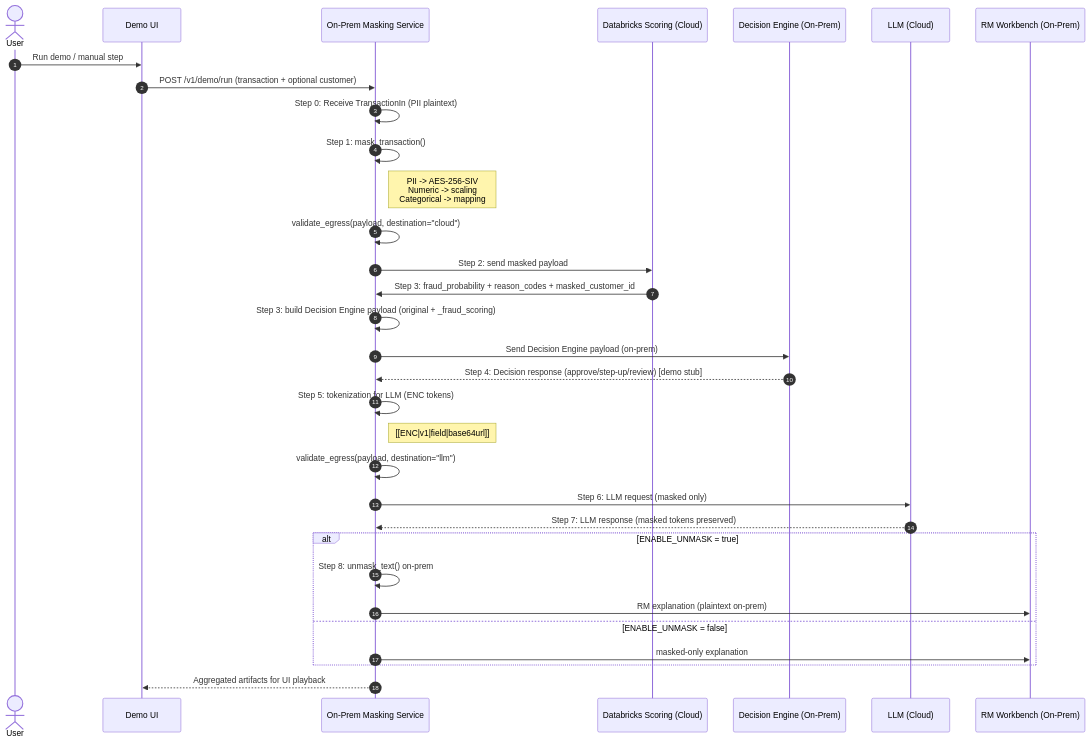
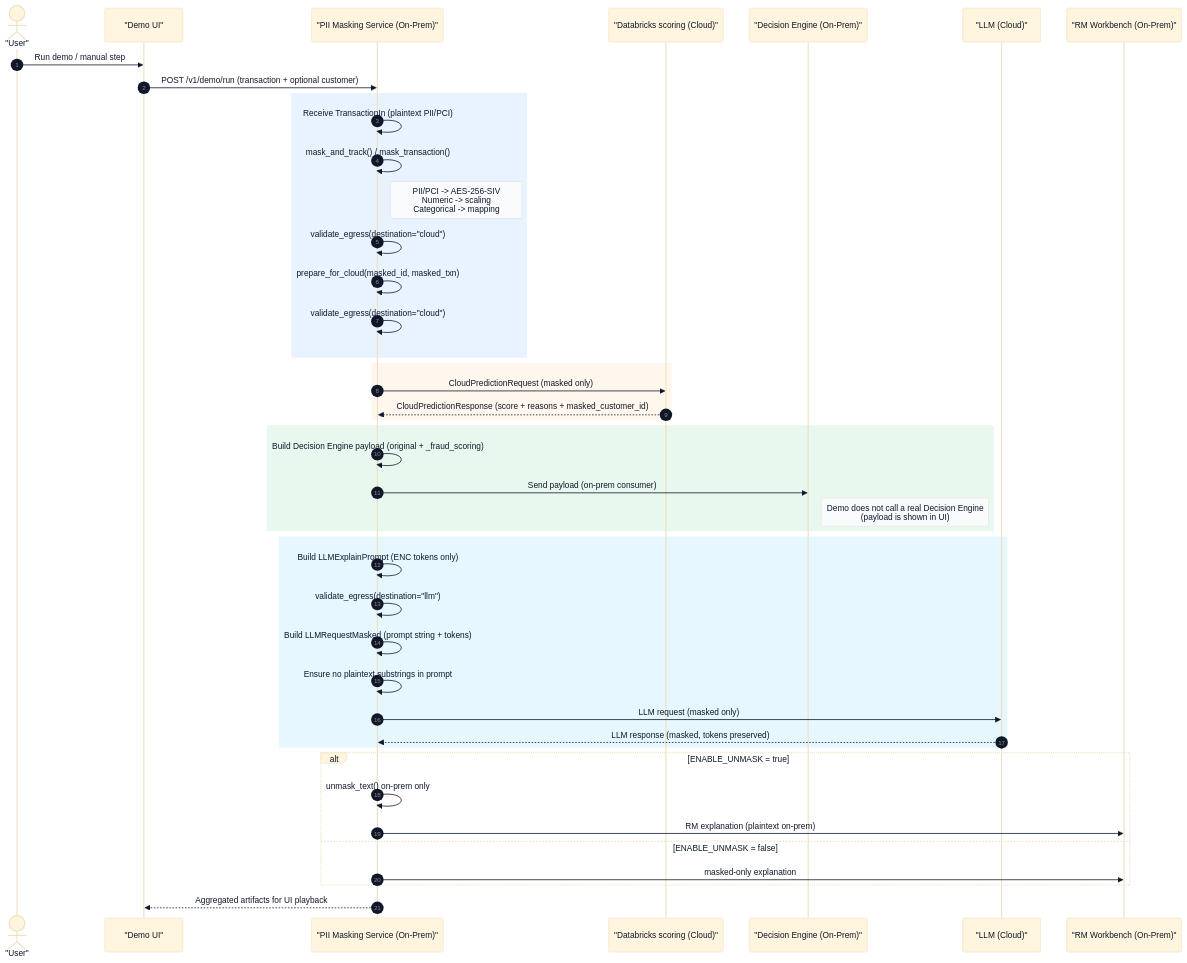
The second of 2 diagrams in sequence.md (kkirko/PII-Masking-Service), drawn with Mermaid before and after one commit. The commit also changed other lines of this file and 2 other files, not shown here.

Commit message:
Docs: polish README and sequence diagrams

````diff
--- a/sequence.md
+++ b/sequence.md
@@ -3,40 +60,53 @@
 ```mermaid
+%%{init: {"theme":"base","themeVariables":{"fontFamily":"ui-sans-serif, system-ui, -apple-system, Segoe UI, Roboto, Arial","primaryTextColor":"#0f172a","lineColor":"#64748b","noteBkgColor":"#f8fafc","noteTextColor":"#0f172a"}}}%%
 sequenceDiagram
     autonumber
-    actor User
-    participant UI as Demo UI
-    participant Svc as On-Prem Masking Service
-    participant Cloud as Databricks Scoring (Cloud)
-    participant DE as Decision Engine (On-Prem)
-    participant LLM as LLM (Cloud)
-    participant RM as RM Workbench (On-Prem)
+    actor User as "User"
+    participant UI as "Demo UI"
+    participant Svc as "PII Masking Service (On-Prem)"
+    participant Cloud as "Databricks scoring (Cloud)"
+    participant DE as "Decision Engine (On-Prem)"
+    participant LLM as "LLM (Cloud)"
+    participant RM as "RM Workbench (On-Prem)"
 
     User->>UI: Run demo / manual step
     UI->>Svc: POST /v1/demo/run (transaction + optional customer)
 
-    Svc->>Svc: Step 0: Receive TransactionIn (PII plaintext)
-    Svc->>Svc: Step 1: mask_transaction()
-    Note right of Svc: PII -> AES-256-SIV<br/>Numeric -> scaling<br/>Categorical -> mapping
-    Svc->>Svc: validate_egress(payload, destination="cloud")
-    Svc->>Cloud: Step 2: send masked payload
-    Cloud->>Svc: Step 3: fraud_probability + reason_codes + masked_customer_id
+    rect rgb(232, 243, 255)
+      Svc->>Svc: Receive TransactionIn (plaintext PII/PCI)
+      Svc->>Svc: mask_and_track() / mask_transaction()
+      Note right of Svc: PII/PCI -> AES-256-SIV<br/>Numeric -> scaling<br/>Categorical -> mapping
+      Svc->>Svc: validate_egress(destination="cloud")
+      Svc->>Svc: prepare_for_cloud(masked_id, masked_txn)
+      Svc->>Svc: validate_egress(destination="cloud")
+    end
 
-    Svc->>Svc: Step 3: build Decision Engine payload (original + _fraud_scoring)
-    Svc->>DE: Send Decision Engine payload (on-prem)
-    DE-->>Svc: Step 4: Decision response (approve/step-up/review) [demo stub]
+    rect rgb(255, 247, 237)
+      Svc->>Cloud: CloudPredictionRequest (masked only)
+      Cloud-->>Svc: CloudPredictionResponse (score + reasons + masked_customer_id)
+    end
 
-    Svc->>Svc: Step 5: tokenization for LLM (ENC tokens)
-    Note right of Svc: [[ENC|v1|field|base64url]]
-    Svc->>Svc: validate_egress(payload, destination="llm")
-    Svc->>LLM: Step 6: LLM request (masked only)
-    LLM-->>Svc: Step 7: LLM response (masked tokens preserved)
+    rect rgb(233, 248, 239)
+      Svc->>Svc: Build Decision Engine payload (original + _fraud_scoring)
+      Svc->>DE: Send payload (on-prem consumer)
+      Note right of DE: Demo does not call a real Decision Engine<br/>(payload is shown in UI)
+    end
+
+    rect rgb(230, 247, 255)
+      Svc->>Svc: Build LLMExplainPrompt (ENC tokens only)
+      Svc->>Svc: validate_egress(destination="llm")
+      Svc->>Svc: Build LLMRequestMasked (prompt string + tokens)
+      Svc->>Svc: Ensure no plaintext substrings in prompt
+      Svc->>LLM: LLM request (masked only)
+      LLM-->>Svc: LLM response (masked, tokens preserved)
+    end
 
     alt ENABLE_UNMASK = true
-        Svc->>Svc: Step 8: unmask_text() on-prem
+        Svc->>Svc: unmask_text() on-prem only
         Svc->>RM: RM explanation (plaintext on-prem)
     else ENABLE_UNMASK = false
         Svc->>RM: masked-only explanation
     end
 
     Svc-->>UI: Aggregated artifacts for UI playback
 ```
````
